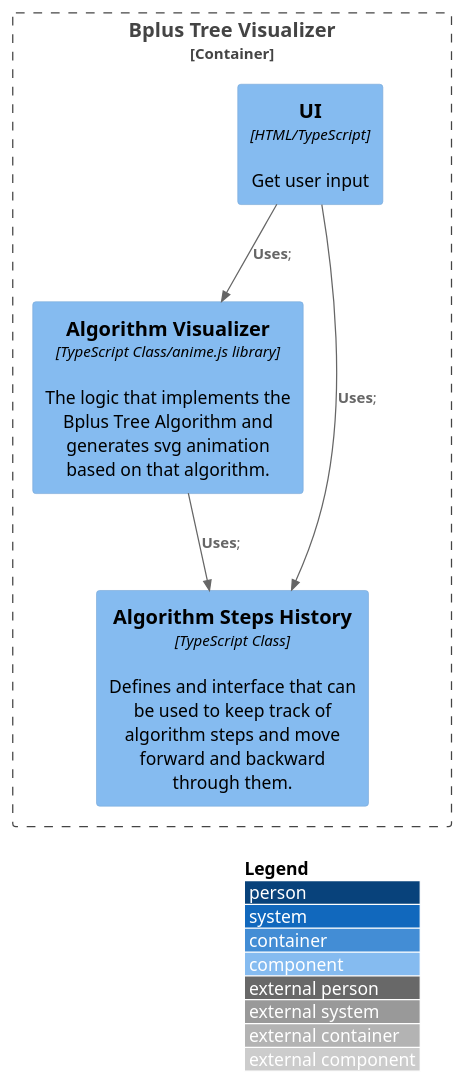
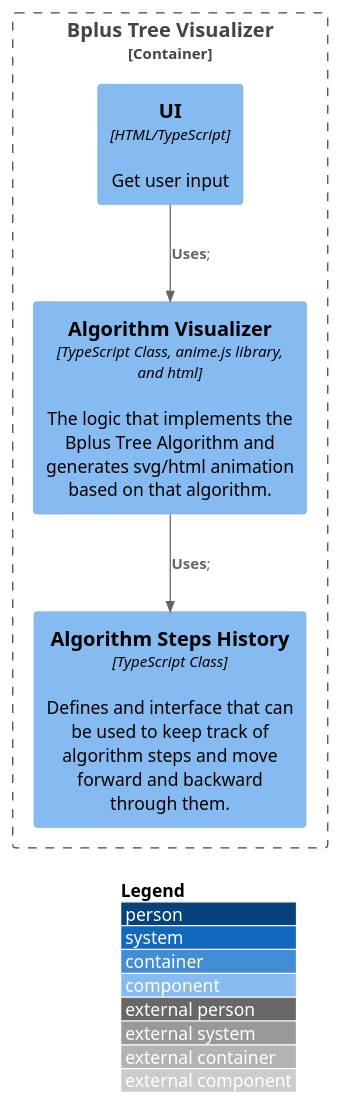
The diagram in c4Model/src/bplusTreeVisualizer.puml (TreverHibbs/bplus-tree-vis), drawn with PlantUML before and after one commit. The commit also changed 3 other files, not shown here.

```diff
--- a/c4Model/src/bplusTreeVisualizer.puml
+++ b/c4Model/src/bplusTreeVisualizer.puml
@@ -1,18 +1,17 @@
 @startuml bplusTreeVisualizer
 !include https://raw.githubusercontent.com/adrianvlupu/C4-PlantUML/latest/C4_Component.puml
 
 LAYOUT_WITH_LEGEND()
 
 Container_Boundary(webApp, "Bplus Tree Visualizer") {
     Component(UI, "UI", "HTML/TypeScript", "Get user input")
-    Component(algoVis, "Algorithm Visualizer", "TypeScript Class/anime.js library", "The logic that implements the Bplus Tree Algorithm and generates svg animation based on that algorithm.")
+    Component(algoVis, "Algorithm Visualizer", "TypeScript Class, anime.js library, and html", "The logic that implements the Bplus Tree Algorithm and generates svg/html animation based on that algorithm.")
     ' Component(animationManager, "Animation Manager", "TypeScript Class/anime.js", "Keeps track of svg animation state and provides building blocks for animating a bplus tree.")
     Component(algoStepsHistory, "Algorithm Steps History", "TypeScript Class", "Defines and interface that can be used to keep track of algorithm steps and move forward and backward through them.")
 }
 
 Rel(UI, algoVis, "Uses");
-Rel(UI, algoStepsHistory, "Uses");
 ' Rel(algoVis, animationManager, "Uses");
 Rel(algoVis, algoStepsHistory, "Uses");
 
 @enduml
```
